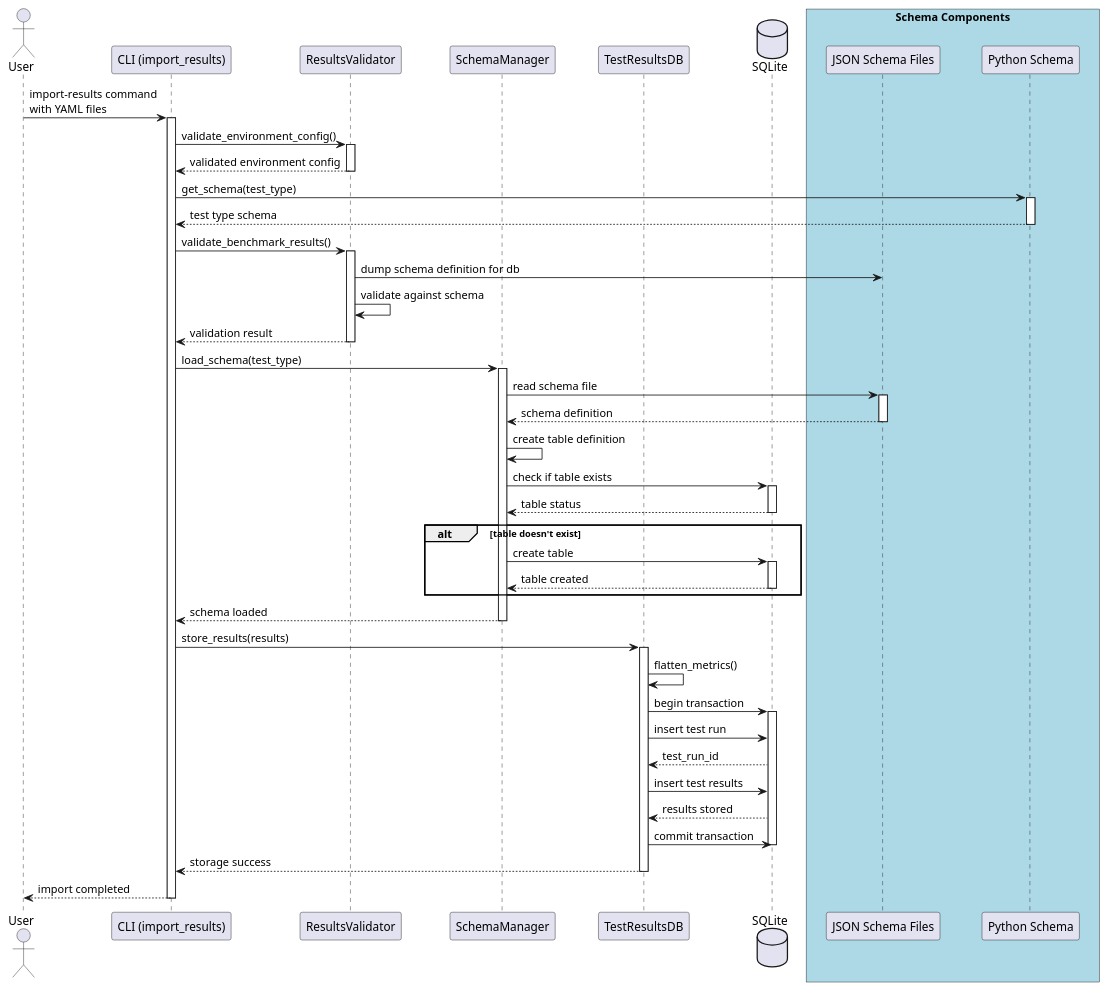
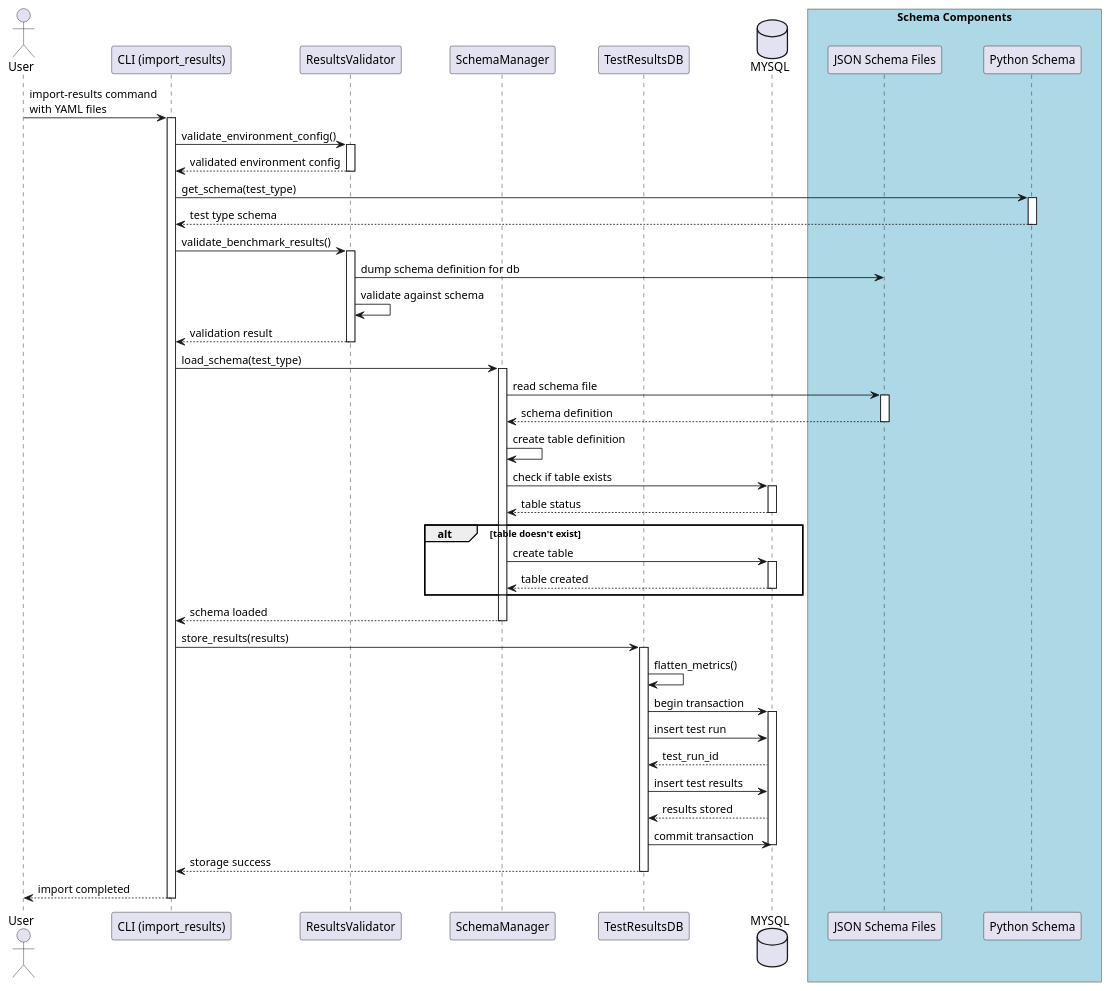
The diagram in docs/benchmark_analyzer_sequence.puml (joagonzalez/tests-automation), drawn with PlantUML before and after one commit. The commit also changed 89 other files, not shown here.

```diff
--- a/docs/benchmark_analyzer_sequence.puml
+++ b/docs/benchmark_analyzer_sequence.puml
@@ -1,76 +1,76 @@
 @startuml Import Test Results Flow
 
 skinparam ParticipantPadding 20
 skinparam BoxPadding 10
 
 actor User
 participant "CLI (import_results)" as CLI
 participant "ResultsValidator" as Validator
 participant "SchemaManager" as SchemaManager
 participant "TestResultsDB" as DB
-database "SQLite" as SQLite
+database "MYSQL" as MYSQL
 
 box "Schema Components" #LightBlue
     participant "JSON Schema Files" as JSONSchema
     participant "Python Schema" as PySchema
 end box
 
 User -> CLI: import-results command\nwith YAML files
 activate CLI
 
 CLI -> Validator: validate_environment_config()
 activate Validator
 Validator --> CLI: validated environment config
 deactivate Validator
 
 CLI -> PySchema: get_schema(test_type)
 activate PySchema
 PySchema --> CLI: test type schema
 deactivate PySchema
 
 CLI -> Validator: validate_benchmark_results()
 activate Validator
 Validator -> JSONSchema: dump schema definition for db
 
 Validator -> Validator: validate against schema
 Validator --> CLI: validation result
 deactivate Validator
 
 CLI -> SchemaManager: load_schema(test_type)
 activate SchemaManager
 SchemaManager -> JSONSchema: read schema file
 activate JSONSchema
 JSONSchema --> SchemaManager: schema definition
 deactivate JSONSchema
 SchemaManager -> SchemaManager: create table definition
-SchemaManager -> SQLite: check if table exists
-activate SQLite
-SQLite --> SchemaManager: table status
-deactivate SQLite
+SchemaManager -> MYSQL: check if table exists
+activate MYSQL
+MYSQL --> SchemaManager: table status
+deactivate MYSQL
 alt table doesn't exist
-    SchemaManager -> SQLite: create table
-    activate SQLite
-    SQLite --> SchemaManager: table created
-    deactivate SQLite
+    SchemaManager -> MYSQL: create table
+    activate MYSQL
+    MYSQL --> SchemaManager: table created
+    deactivate MYSQL
 end
 SchemaManager --> CLI: schema loaded
 deactivate SchemaManager
 
 CLI -> DB: store_results(results)
 activate DB
 DB -> DB: flatten_metrics()
-DB -> SQLite: begin transaction
-activate SQLite
-DB -> SQLite: insert test run
-SQLite --> DB: test_run_id
-DB -> SQLite: insert test results
-SQLite --> DB: results stored
-DB -> SQLite: commit transaction
-deactivate SQLite
+DB -> MYSQL: begin transaction
+activate MYSQL
+DB -> MYSQL: insert test run
+MYSQL --> DB: test_run_id
+DB -> MYSQL: insert test results
+MYSQL --> DB: results stored
+DB -> MYSQL: commit transaction
+deactivate MYSQL
 DB --> CLI: storage success
 deactivate DB
 
 CLI --> User: import completed
 deactivate CLI
 
 @enduml
```
